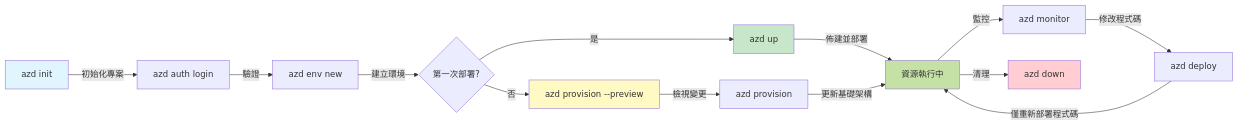
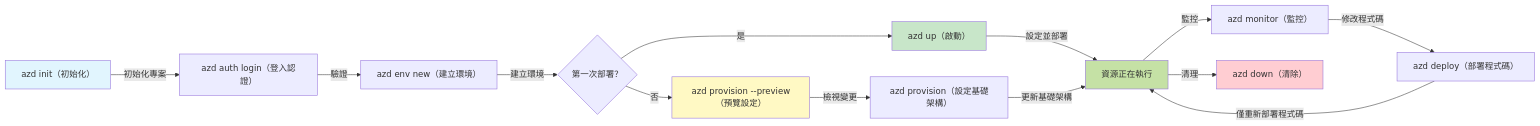
Before and after one commit to microsoft/AZD-for-beginners: the first of 2 diagrams in translations/zh-TW/docs/chapter-01-foundation/azd-basics.md, drawn with Mermaid. The commit also changed other lines of this file and 101 other files, not shown here.

````diff
--- a/translations/zh-TW/docs/chapter-01-foundation/azd-basics.md
+++ b/translations/zh-TW/docs/chapter-01-foundation/azd-basics.md
@@ -254,21 +269,21 @@
 ```mermaid
 graph LR
-    A[azd init] -->|初始化專案| B[azd auth login]
-    B -->|驗證| C[azd env new]
-    C -->|建立環境| D{第一次部署?}
-    D -->|是| E[azd up]
-    D -->|否| F[azd provision --preview]
-    F -->|檢視變更| G[azd provision]
-    E -->|佈建並部署| H[資源執行中]
+    A[azd init（初始化）] -->|初始化專案| B[azd auth login（登入認證）]
+    B -->|驗證| C[azd env new（建立環境）]
+    C -->|建立環境| D{第一次部署？}
+    D -->|是| E[azd up（啟動）]
+    D -->|否| F[azd provision --preview（預覽設定）]
+    F -->|檢視變更| G[azd provision（設定基礎架構）]
+    E -->|設定並部署| H[資源正在執行]
     G -->|更新基礎架構| H
-    H -->|監控| I[azd monitor]
-    I -->|修改程式碼| J[azd deploy]
+    H -->|監控| I[azd monitor（監控）]
+    I -->|修改程式碼| J[azd deploy（部署程式碼）]
     J -->|僅重新部署程式碼| H
-    H -->|清理| K[azd down]
+    H -->|清理| K[azd down（清除）]
     
     style A fill:#e1f5fe
     style E fill:#c8e6c9
     style F fill:#fff9c4
     style H fill:#c5e1a5
     style K fill:#ffcdd2
 ```
````
